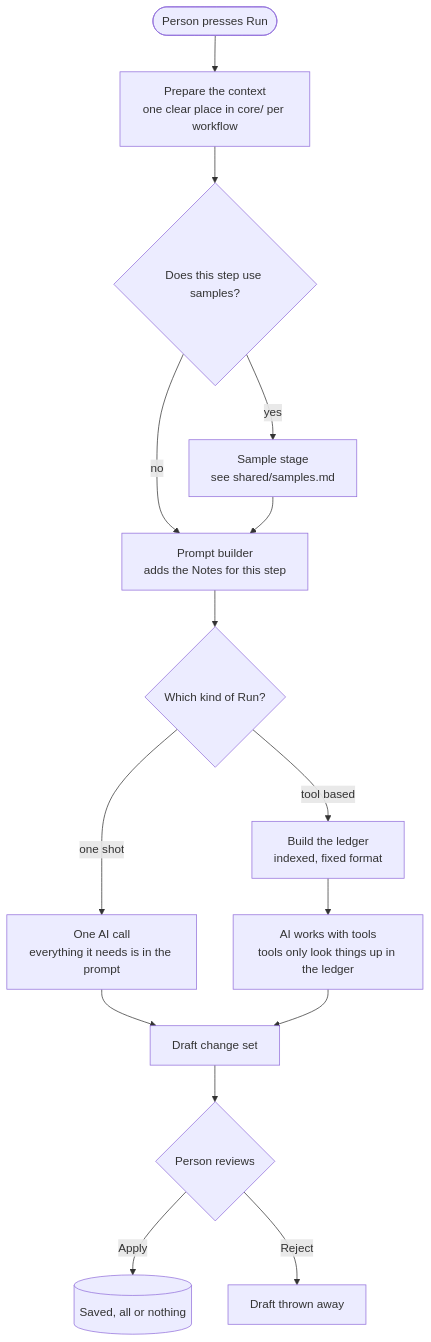
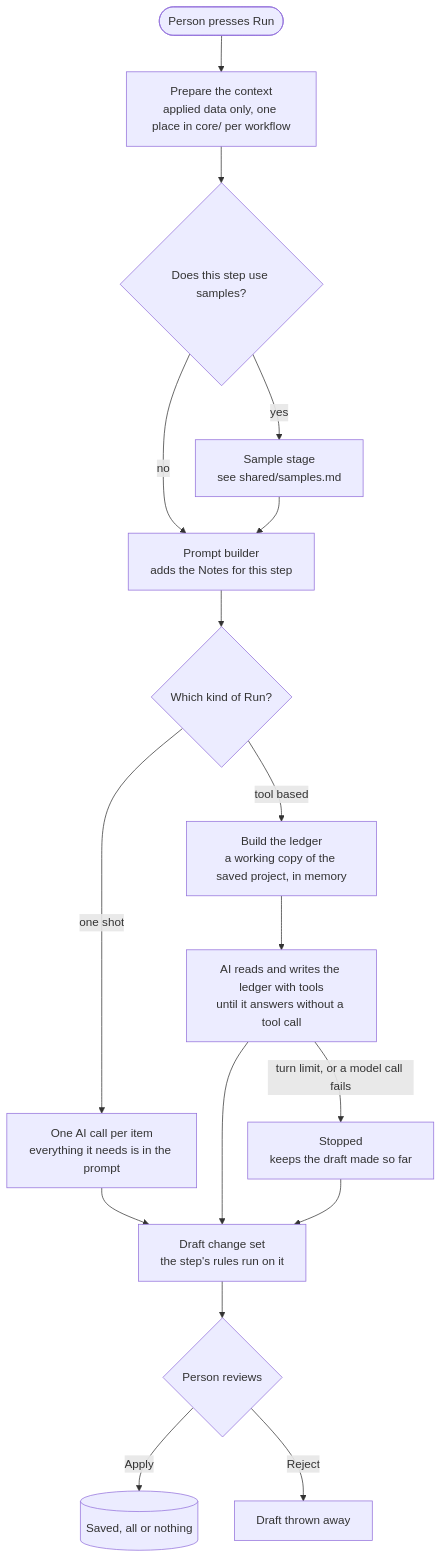
Before and after one commit to maazuddinmohammed/gds_workbench_v3: the diagram in design/overview/run.md, drawn with Mermaid. The commit also changed other lines of this file and 43 other files, not shown here.

````diff
--- a/design/overview/run.md
+++ b/design/overview/run.md
@@ -7,17 +9,19 @@
 ```mermaid
 flowchart TD
-    START(["Person presses Run"]) --> PREP["Prepare the context<br/>one clear place in core/ per workflow"]
+    START(["Person presses Run"]) --> PREP["Prepare the context<br/>applied data only, one place in core/ per workflow"]
     PREP --> NEED{"Does this step use samples?"}
     NEED -- yes --> FETCH["Sample stage<br/>see shared/samples.md"]
     NEED -- no --> PB
     FETCH --> PB["Prompt builder<br/>adds the Notes for this step"]
     PB --> KIND{"Which kind of Run?"}
-    KIND -- "one shot" --> ONE["One AI call<br/>everything it needs is in the prompt"]
-    KIND -- "tool based" --> LEDGER["Build the ledger<br/>indexed, fixed format"]
-    LEDGER --> LOOP["AI works with tools<br/>tools only look things up in the ledger"]
-    ONE --> DRAFT["Draft change set"]
+    KIND -- "one shot" --> ONE["One AI call per item<br/>everything it needs is in the prompt"]
+    KIND -- "tool based" --> LEDGER["Build the ledger<br/>a working copy of the saved project, in memory"]
+    LEDGER --> LOOP["AI reads and writes the ledger with tools<br/>until it answers without a tool call"]
+    LOOP -- "turn limit, or a model call fails" --> STOP["Stopped<br/>keeps the draft made so far"]
+    ONE --> DRAFT["Draft change set<br/>the step's rules run on it"]
     LOOP --> DRAFT
+    STOP --> DRAFT
     DRAFT --> REVIEW{"Person reviews"}
     REVIEW -- Apply --> SAVED[("Saved, all or nothing")]
     REVIEW -- Reject --> GONE["Draft thrown away"]
 ```
````
